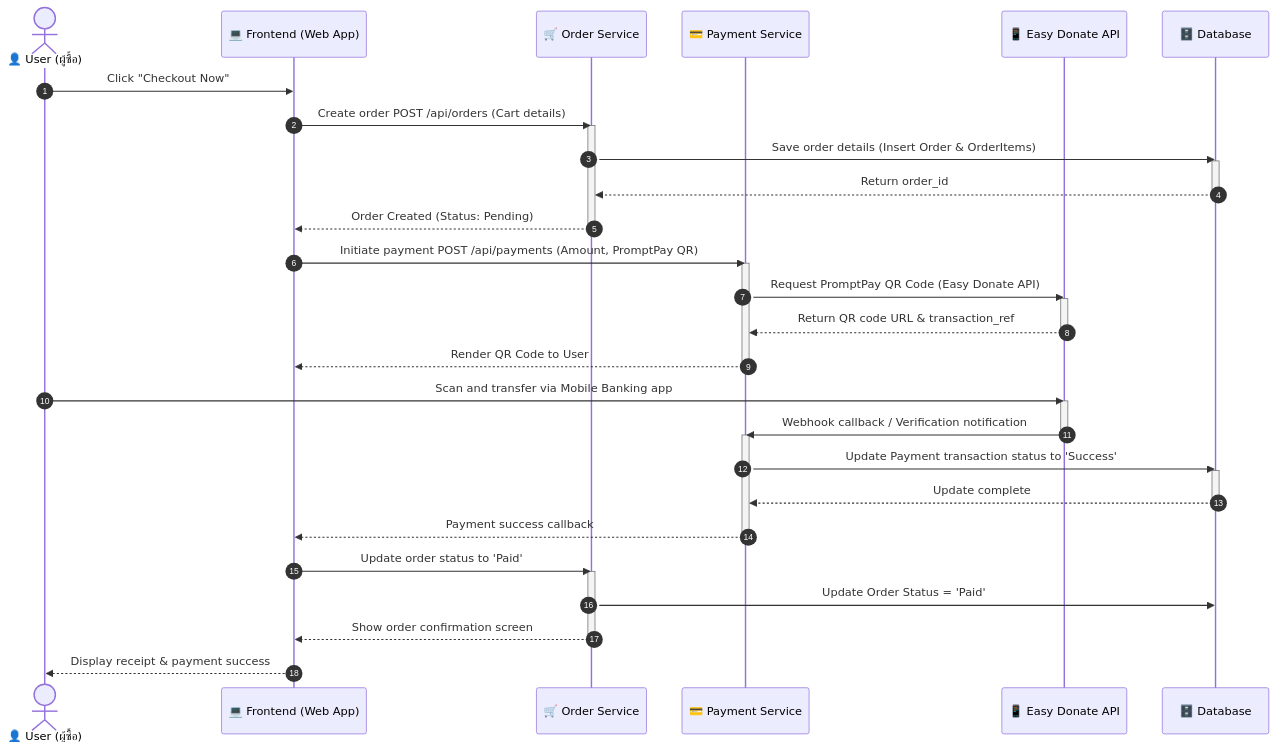
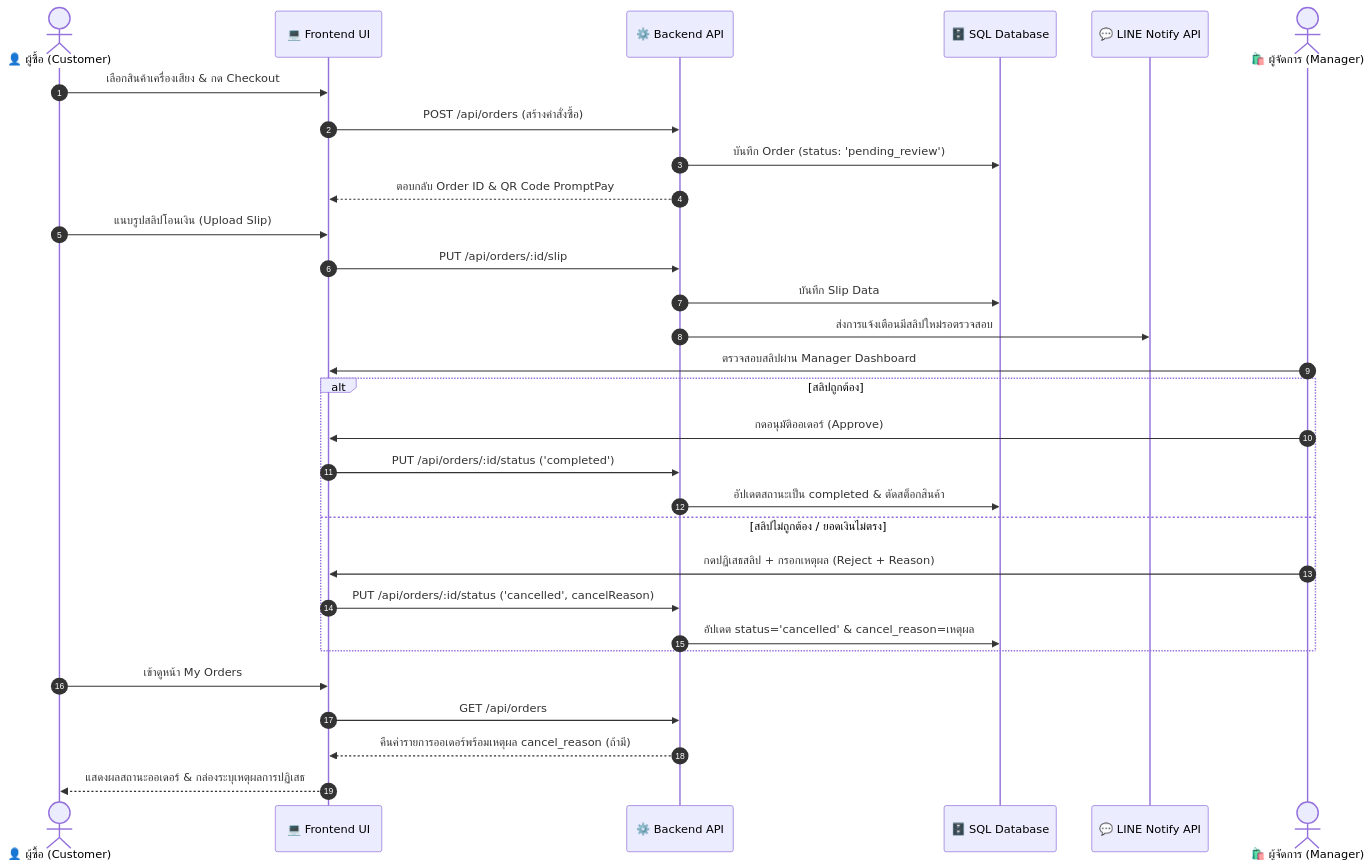
Before and after one commit to sShinjikubs/Workshop-1: the fourth of 4 diagrams in analysis_design.md, drawn with Mermaid. The commit also changed other lines of this file, not shown here.

Commit message:
docs: consolidate analysis_design.md into clean 6-section layout without duplicated diagrams

````diff
--- a/analysis_design.md
+++ b/analysis_design.md
@@ -435,48 +308,35 @@
 ```mermaid
 sequenceDiagram
     autonumber
-    actor User as 👤 User (ผู้ซื้อ)
-    participant UI as 💻 Frontend (Web App)
-    participant OrderSvc as 🛒 Order Service
-    participant PaySvc as 💳 Payment Service
-    participant BankAPI as 📱 Easy Donate API
-    participant DB as 🗄️ Database
+    actor Customer as 👤 ผู้ซื้อ (Customer)
+    participant UI as 💻 Frontend UI
+    participant Backend as ⚙️ Backend API
+    participant DB as 🗄️ SQL Database
+    participant Line as 💬 LINE Notify API
+    actor Manager as 🛍️ ผู้จัดการ (Manager)
 
-    User->>UI: Click "Checkout Now"
-    UI->>OrderSvc: Create order POST /api/orders (Cart details)
-    activate OrderSvc
-    OrderSvc->>DB: Save order details (Insert Order & OrderItems)
-    activate DB
-    DB-->>OrderSvc: Return order_id
-    deactivate DB
-    OrderSvc-->>UI: Order Created (Status: Pending)
-    deactivate OrderSvc
+    Customer->>UI: เลือกสินค้าเครื่องเสียง & กด Checkout
+    UI->>Backend: POST /api/orders (สร้างคำสั่งซื้อ)
+    Backend->>DB: บันทึก Order (status: 'pending_review')
+    Backend-->>UI: ตอบกลับ Order ID & QR Code PromptPay
+    Customer->>UI: แนบรูปสลิปโอนเงิน (Upload Slip)
+    UI->>Backend: PUT /api/orders/:id/slip
+    Backend->>DB: บันทึก Slip Data
+    Backend->>Line: ส่งการแจ้งเตือนมีสลิปใหม่รอตรวจสอบ
+    
+    Manager->>UI: ตรวจสอบสลิปผ่าน Manager Dashboard
+    alt สลิปถูกต้อง
+        Manager->>UI: กดอนุมัติออเดอร์ (Approve)
+        UI->>Backend: PUT /api/orders/:id/status ('completed')
+        Backend->>DB: อัปเดตสถานะเป็น completed & ตัดสต็อกสินค้า
+    else สลิปไม่ถูกต้อง / ยอดเงินไม่ตรง
+        Manager->>UI: กดปฏิเสธสลิป + กรอกเหตุผล (Reject + Reason)
+        UI->>Backend: PUT /api/orders/:id/status ('cancelled', cancelReason)
+        Backend->>DB: อัปเดต status='cancelled' & cancel_reason=เหตุผล
+    end
 
-    UI->>PaySvc: Initiate payment POST /api/payments (Amount, PromptPay QR)
-    activate PaySvc
-    PaySvc->>BankAPI: Request PromptPay QR Code (Easy Donate API)
-    activate BankAPI
-    BankAPI-->>PaySvc: Return QR code URL & transaction_ref
-    deactivate BankAPI
-    PaySvc-->>UI: Render QR Code to User
-    deactivate PaySvc
-
-    User->>BankAPI: Scan and transfer via Mobile Banking app
-    activate BankAPI
-    BankAPI->>PaySvc: Webhook callback / Verification notification
-    deactivate BankAPI
-    activate PaySvc
-    PaySvc->>DB: Update Payment transaction status to 'Success'
-    activate DB
-    DB-->>PaySvc: Update complete
-    deactivate DB
-    PaySvc-->>UI: Payment success callback
-    deactivate PaySvc
-
-    UI->>OrderSvc: Update order status to 'Paid'
-    activate OrderSvc
-    OrderSvc->>DB: Update Order Status = 'Paid'
-    OrderSvc-->>UI: Show order confirmation screen
-    deactivate OrderSvc
-    UI-->>User: Display receipt & payment success
+    Customer->>UI: เข้าดูหน้า My Orders
+    UI->>Backend: GET /api/orders
+    Backend-->>UI: คืนค่ารายการออเดอร์พร้อมเหตุผล cancel_reason (ถ้ามี)
+    UI-->>Customer: แสดงผลสถานะออเดอร์ & กล่องระบุเหตุผลการปฏิเสธ
 ```
````
